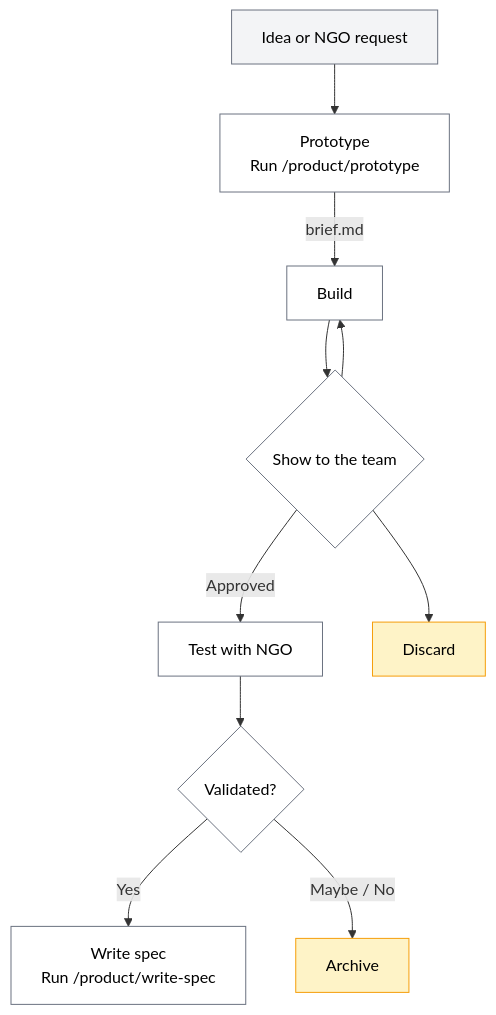
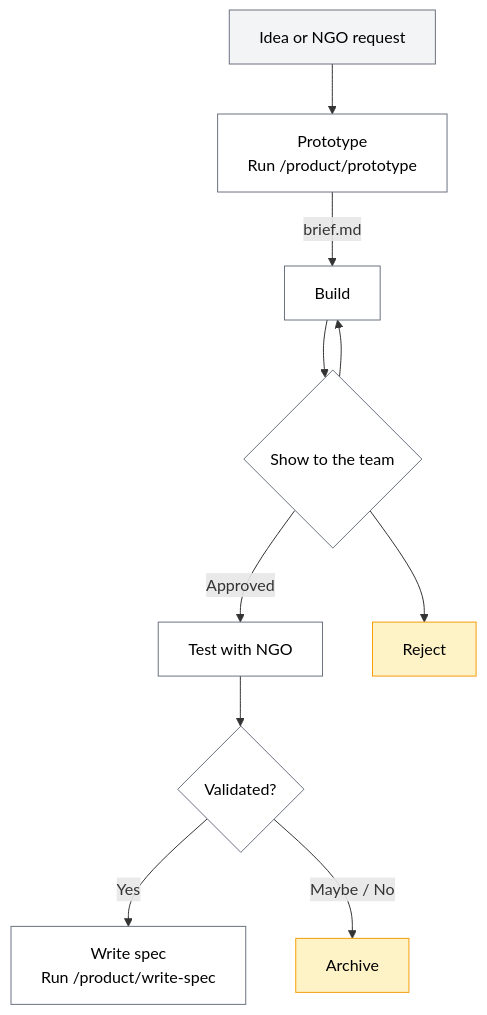
One commit to DalgoT4D/dalgo-core changed the first of 2 diagrams in README.md. Above: the diagram before and after it, drawn with Mermaid. The commit also changed other lines of this file and 3 other files, not shown here.

````diff
--- a/README.md
+++ b/README.md
@@ -58,24 +58,24 @@
 ```mermaid
 flowchart TD
     A["Idea or NGO request"] --> B["Prototype
     Run /product/prototype"]
     B --> |"brief.md"| C["Build"]
     C --> R{"Show to the team"}
     R --> |"Approved"| F["Test with NGO"]
     R --> C
-    R --> X["Discard"]
+    R --> X["Reject"]
     F --> G{Validated?}
     G --> |Yes| H["Write spec
     Run /product/write-spec"]
     G --> |"Maybe / No"| I["Archive"]
 
     style A fill:#f3f4f6,stroke:#6b7280,color:#000
     style B fill:#fff,stroke:#6b7280,color:#000
     style C fill:#fff,stroke:#6b7280,color:#000
     style R fill:#fff,stroke:#6b7280,color:#000
     style F fill:#fff,stroke:#6b7280,color:#000
     style G fill:#fff,stroke:#6b7280,color:#000
     style H fill:#fff,stroke:#6b7280,color:#000
     style X fill:#fef3c7,stroke:#f59e0b,color:#000
     style I fill:#fef3c7,stroke:#f59e0b,color:#000
 ```
````
